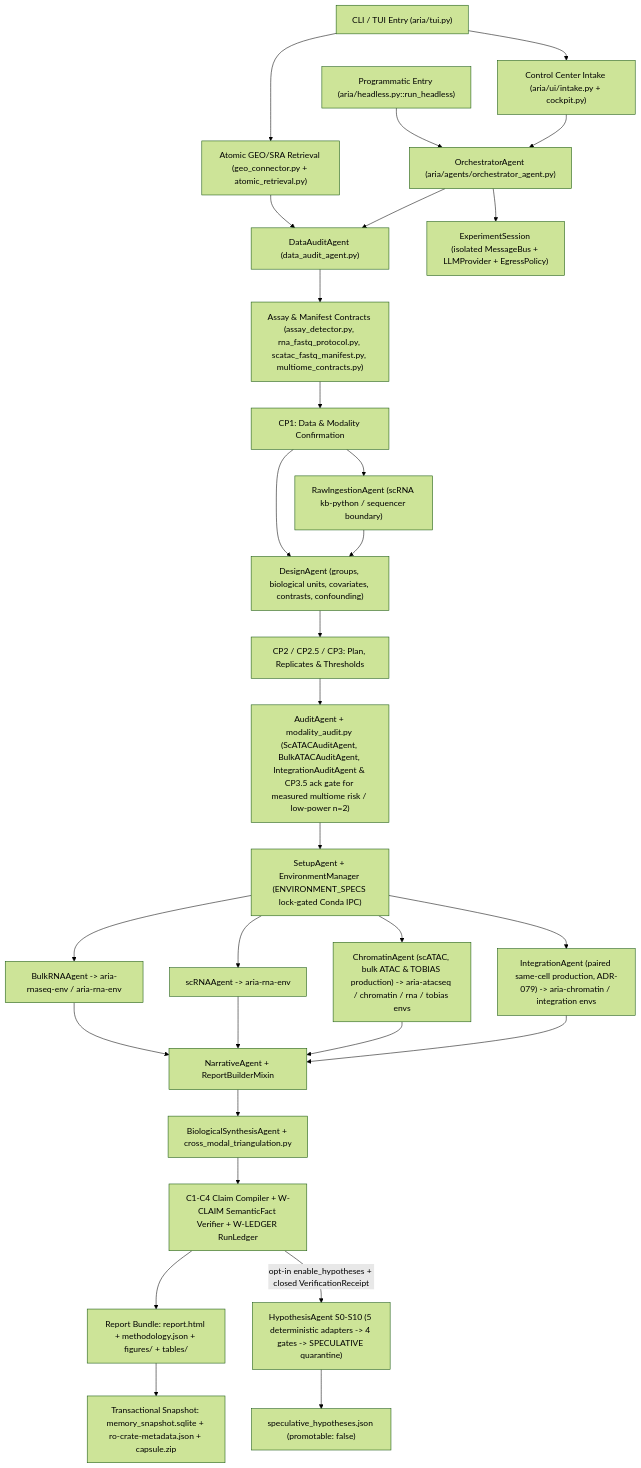
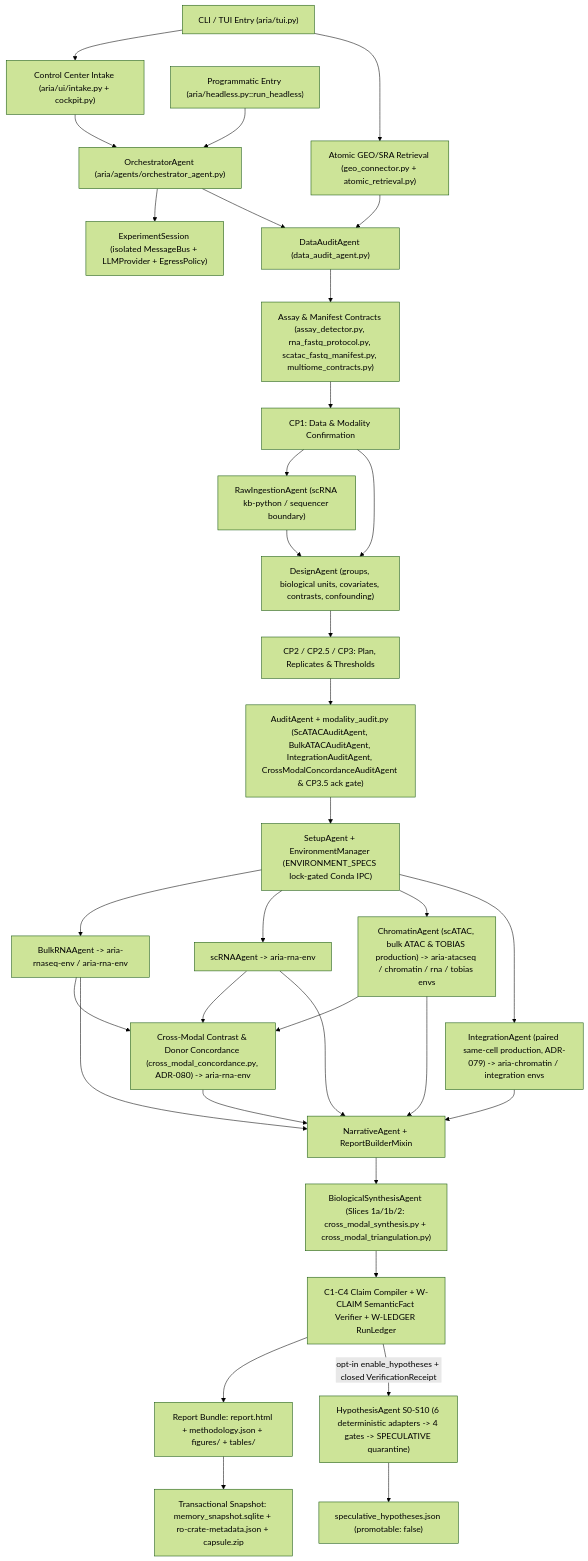
Before and after one commit to Olascoaga/aria-omics: the diagram in docs/architecture/code_graph.md, drawn with Mermaid (forest theme). The commit also changed other lines of this file and 35 other files, not shown here.

Commit message:
feat(cross-modal): add production RNAxATAC contrast and donor concordance engine (ADR-080)

````diff
--- a/docs/architecture/code_graph.md
+++ b/docs/architecture/code_graph.md
@@ -9,36 +9,41 @@
 ```mermaid
 flowchart TD
     CLI["CLI / TUI Entry (aria/tui.py)"] --> INTAKE["Control Center Intake (aria/ui/intake.py + cockpit.py)"]
     HEADLESS["Programmatic Entry (aria/headless.py::run_headless)"] --> ORCH
     CLI --> GEO["Atomic GEO/SRA Retrieval (geo_connector.py + atomic_retrieval.py)"]
     INTAKE --> ORCH["OrchestratorAgent (aria/agents/orchestrator_agent.py)"]
     GEO --> DA["DataAuditAgent (data_audit_agent.py)"]
     ORCH --> SESSION["ExperimentSession (isolated MessageBus + LLMProvider + EgressPolicy)"]
     ORCH --> DA
 
     DA --> ASSAY["Assay & Manifest Contracts (assay_detector.py, rna_fastq_protocol.py, scatac_fastq_manifest.py, multiome_contracts.py)"]
     ASSAY --> CP1["CP1: Data & Modality Confirmation"]
     CP1 --> RAW["RawIngestionAgent (scRNA kb-python / sequencer boundary)"]
     CP1 --> DESIGN["DesignAgent (groups, biological units, covariates, contrasts, confounding)"]
     RAW --> DESIGN
     DESIGN --> CP2["CP2 / CP2.5 / CP3: Plan, Replicates & Thresholds"]
-    CP2 --> AUDIT["AuditAgent + modality_audit.py (ScATACAuditAgent, BulkATACAuditAgent, IntegrationAuditAgent & CP3.5 ack gate for measured multiome risk / low-power n=2)"]
+    CP2 --> AUDIT["AuditAgent + modality_audit.py (ScATACAuditAgent, BulkATACAuditAgent, IntegrationAuditAgent, CrossModalConcordanceAuditAgent & CP3.5 ack gate)"]
     AUDIT --> SETUP["SetupAgent + EnvironmentManager (ENVIRONMENT_SPECS lock-gated Conda IPC)"]
 
     SETUP --> BULK["BulkRNAAgent -> aria-rnaseq-env / aria-rna-env"]
     SETUP --> SCRNA["scRNAAgent -> aria-rna-env"]
     SETUP --> CHROM["ChromatinAgent (scATAC, bulk ATAC & TOBIAS production) -> aria-atacseq / chromatin / rna / tobias envs"]
     SETUP --> INTEG["IntegrationAgent (paired same-cell production, ADR-079) -> aria-chromatin / integration envs"]
 
+    BULK --> XMODAL["Cross-Modal Contrast & Donor Concordance (cross_modal_concordance.py, ADR-080) -> aria-rna-env"]
+    SCRNA --> XMODAL
+    CHROM --> XMODAL
+
     BULK --> NARR["NarrativeAgent + ReportBuilderMixin"]
     SCRNA --> NARR
     CHROM --> NARR
     INTEG --> NARR
+    XMODAL --> NARR
 
-    NARR --> SYNTH["BiologicalSynthesisAgent + cross_modal_triangulation.py"]
+    NARR --> SYNTH["BiologicalSynthesisAgent (Slices 1a/1b/2: cross_modal_synthesis.py + cross_modal_triangulation.py)"]
     SYNTH --> COMPILER["C1-C4 Claim Compiler + W-CLAIM SemanticFact Verifier + W-LEDGER RunLedger"]
     COMPILER --> BUNDLE["Report Bundle: report.html + methodology.json + figures/ + tables/"]
     BUNDLE --> CAPSULE["Transactional Snapshot: memory_snapshot.sqlite + ro-crate-metadata.json + capsule.zip"]
-    COMPILER -->|opt-in enable_hypotheses + closed VerificationReceipt| HYPO["HypothesisAgent S0-S10 (5 deterministic adapters -> 4 gates -> SPECULATIVE quarantine)"]
+    COMPILER -->|opt-in enable_hypotheses + closed VerificationReceipt| HYPO["HypothesisAgent S0-S10 (6 deterministic adapters -> 4 gates -> SPECULATIVE quarantine)"]
     HYPO --> SPEC_JSON["speculative_hypotheses.json (promotable: false)"]
 ```
````
